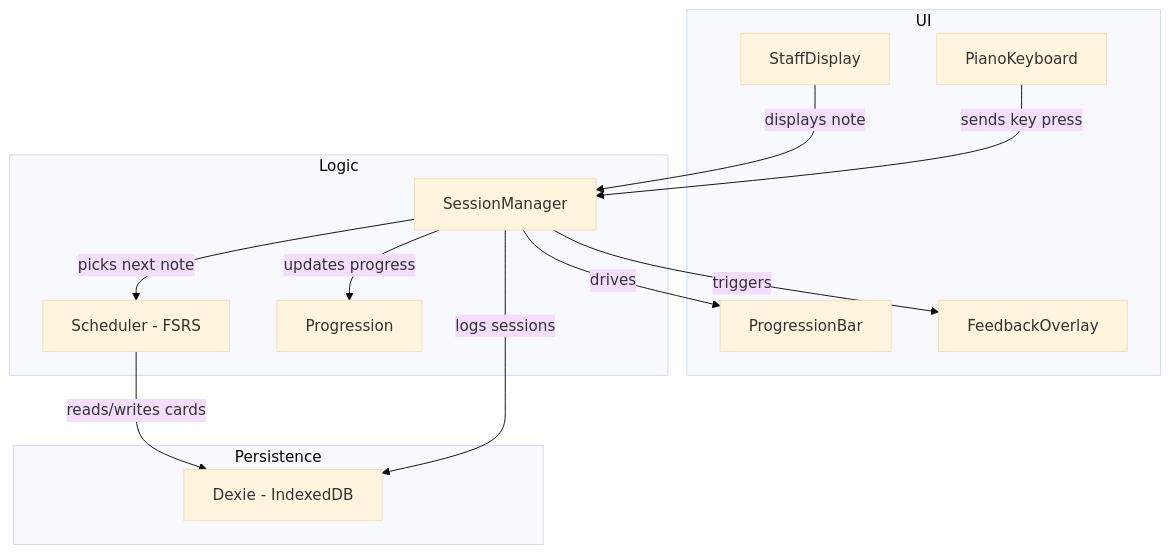
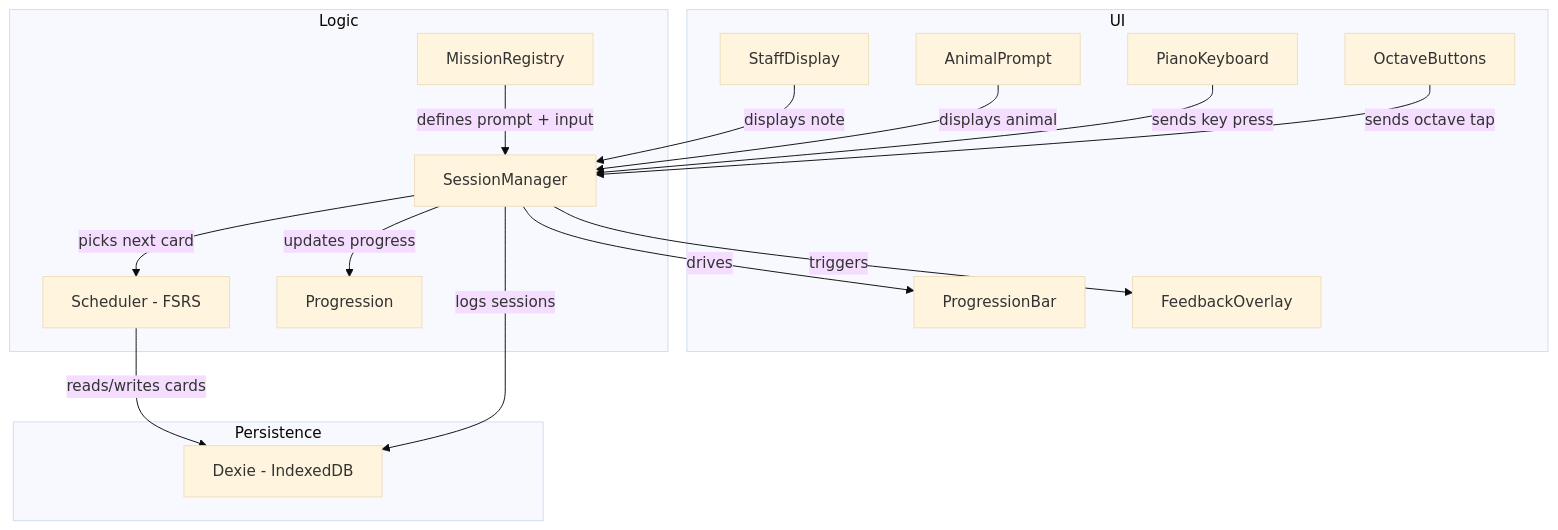
One commit to dpkay/vibeyond changed the first of 2 diagrams in docs/TDD.md. Above: the diagram before and after it, drawn with Mermaid (base theme). The commit also changed other lines of this file and 2 other files, not shown here.

First line of the commit message:
Update PRD, TDD, and UX spec with mission system

````diff
--- a/docs/TDD.md
+++ b/docs/TDD.md
@@ -19,28 +20,34 @@
 ```mermaid
 graph TD
     subgraph UI
         A[StaffDisplay]
+        A2[AnimalPrompt]
         B[PianoKeyboard]
+        B2[OctaveButtons]
         C[ProgressionBar]
         D[FeedbackOverlay]
     end
 
     subgraph Logic
         E[SessionManager]
         F[Scheduler - FSRS]
         G[Progression]
+        M[MissionRegistry]
     end
 
     subgraph Persistence
         H[Dexie - IndexedDB]
     end
 
-    E -- picks next note --> F
+    M -- defines prompt + input --> E
+    E -- picks next card --> F
     E -- updates progress --> G
     F -- reads/writes cards --> H
     E -- logs sessions --> H
     A -- displays note --> E
+    A2 -- displays animal --> E
     B -- sends key press --> E
+    B2 -- sends octave tap --> E
     E -- drives --> C
     E -- triggers --> D
 ```
````
